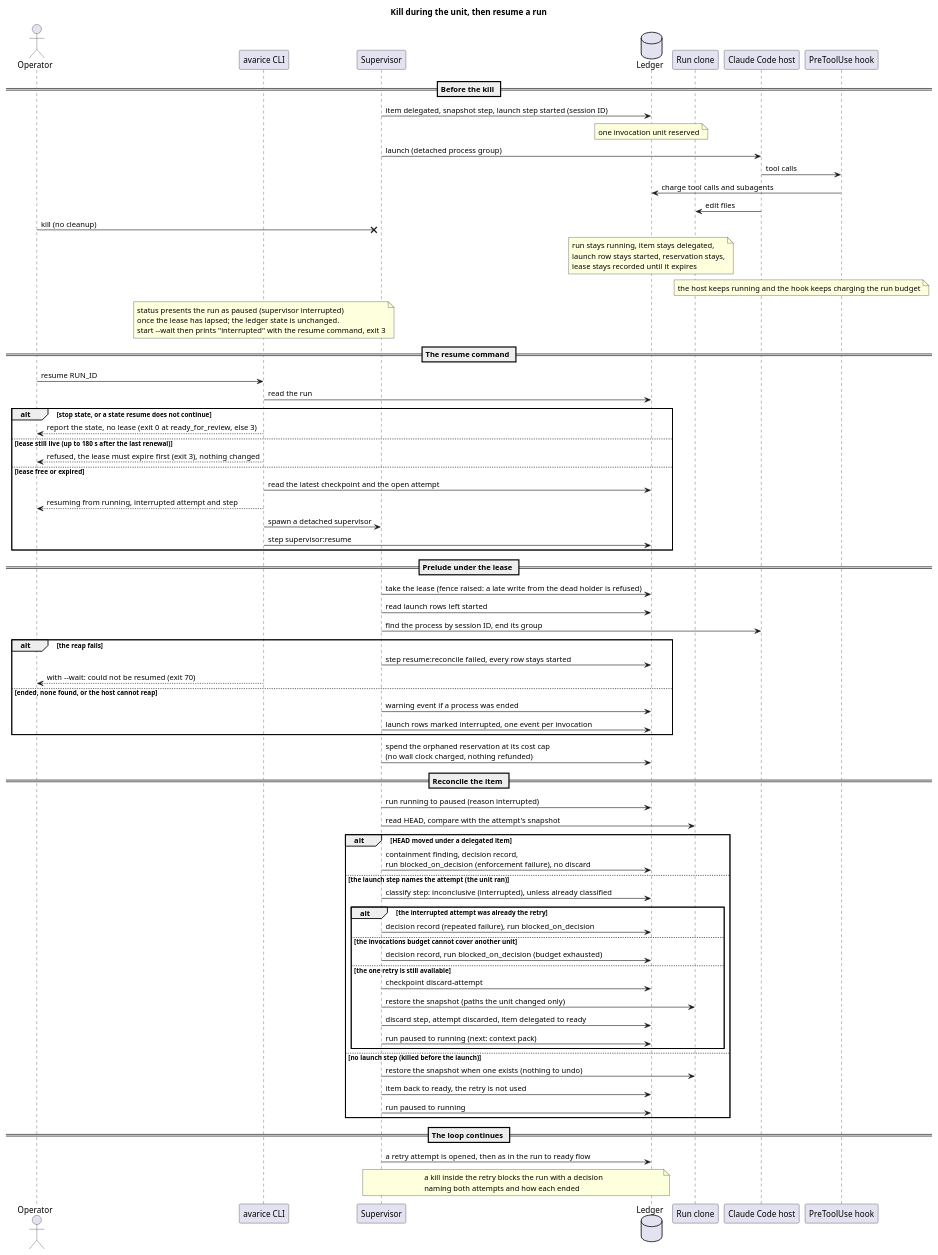
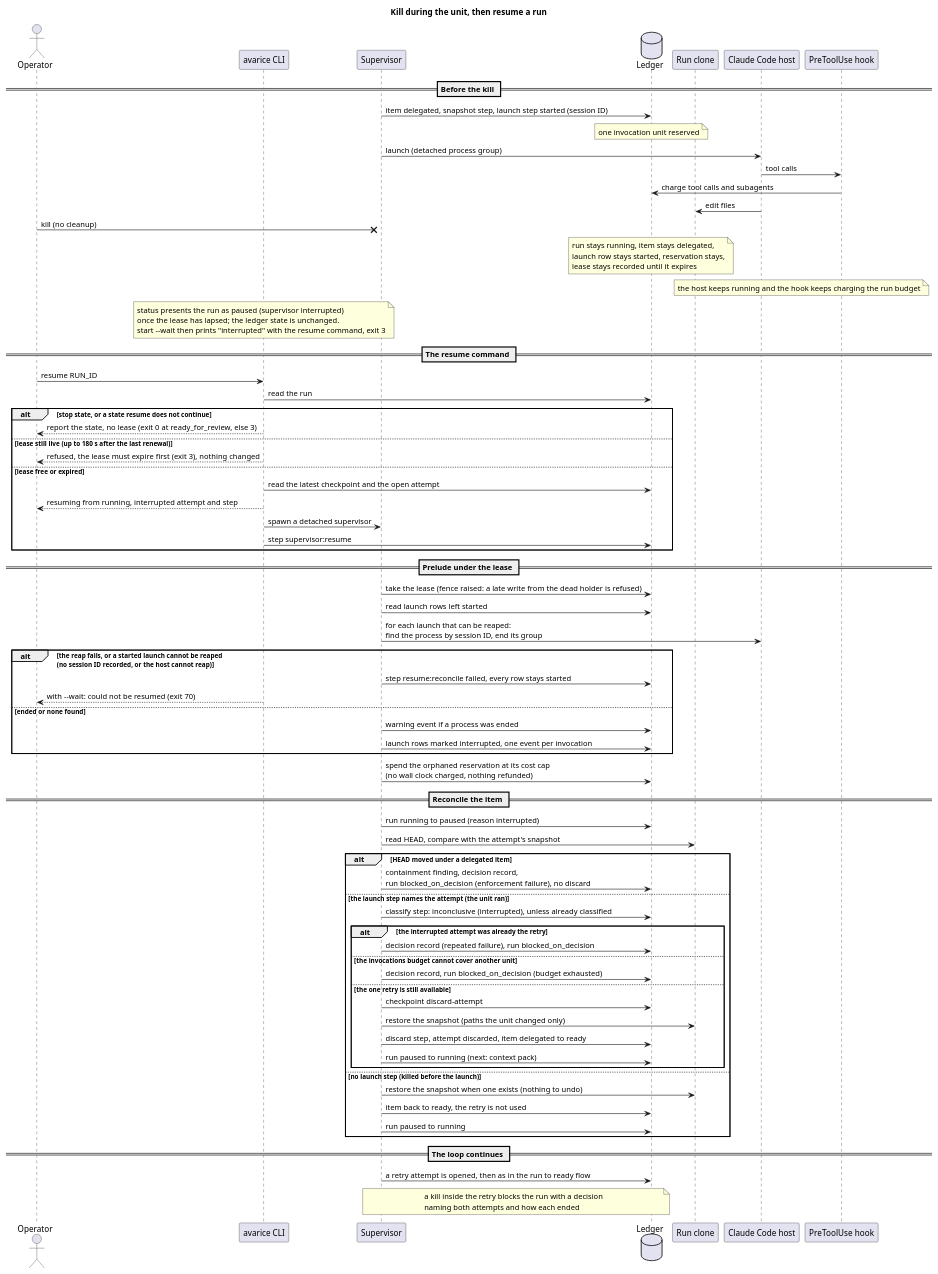
One commit to aa-phan/avarice changed the diagram in docs/system/diagrams/run-resume-after-kill.puml. Above: the diagram before and after it, drawn with PlantUML. The commit also changed 21 other files, not shown here.

```diff
--- a/docs/system/diagrams/run-resume-after-kill.puml
+++ b/docs/system/diagrams/run-resume-after-kill.puml
@@ -1,77 +1,77 @@
 @startuml
 title Kill during the unit, then resume a run
 
 actor Operator
 participant "avarice CLI" as CLI
 participant Supervisor
 database Ledger
 participant "Run clone" as Clone
 participant "Claude Code host" as Host
 participant "PreToolUse hook" as Hook
 
 == Before the kill ==
 Supervisor -> Ledger : item delegated, snapshot step, launch step started (session ID)
 note over Ledger : one invocation unit reserved
 Supervisor -> Host : launch (detached process group)
 Host -> Hook : tool calls
 Hook -> Ledger : charge tool calls and subagents
 Host -> Clone : edit files
 Operator ->x Supervisor : kill (no cleanup)
 note over Ledger : run stays running, item stays delegated,\nlaunch row stays started, reservation stays,\nlease stays recorded until it expires
 note over Host, Hook : the host keeps running and the hook keeps charging the run budget
 note over CLI : status presents the run as paused (supervisor interrupted)\nonce the lease has lapsed; the ledger state is unchanged.\nstart --wait then prints "interrupted" with the resume command, exit 3
 
 == The resume command ==
 Operator -> CLI : resume RUN_ID
 CLI -> Ledger : read the run
 alt stop state, or a state resume does not continue
   CLI --> Operator : report the state, no lease (exit 0 at ready_for_review, else 3)
 else lease still live (up to 180 s after the last renewal)
   CLI --> Operator : refused, the lease must expire first (exit 3), nothing changed
 else lease free or expired
   CLI -> Ledger : read the latest checkpoint and the open attempt
   CLI --> Operator : resuming from running, interrupted attempt and step
   CLI -> Supervisor : spawn a detached supervisor
   CLI -> Ledger : step supervisor:resume
 end
 
 == Prelude under the lease ==
 Supervisor -> Ledger : take the lease (fence raised: a late write from the dead holder is refused)
 Supervisor -> Ledger : read launch rows left started
-Supervisor -> Host : find the process by session ID, end its group
-alt the reap fails
+Supervisor -> Host : for each launch that can be reaped:\nfind the process by session ID, end its group
+alt the reap fails, or a started launch cannot be reaped\n(no session ID recorded, or the host cannot reap)
   Supervisor -> Ledger : step resume:reconcile failed, every row stays started
   CLI --> Operator : with --wait: could not be resumed (exit 70)
-else ended, none found, or the host cannot reap
+else ended or none found
   Supervisor -> Ledger : warning event if a process was ended
   Supervisor -> Ledger : launch rows marked interrupted, one event per invocation
 end
 Supervisor -> Ledger : spend the orphaned reservation at its cost cap\n(no wall clock charged, nothing refunded)
 
 == Reconcile the item ==
 Supervisor -> Ledger : run running to paused (reason interrupted)
 Supervisor -> Clone : read HEAD, compare with the attempt's snapshot
 alt HEAD moved under a delegated item
   Supervisor -> Ledger : containment finding, decision record,\nrun blocked_on_decision (enforcement failure), no discard
 else the launch step names the attempt (the unit ran)
   Supervisor -> Ledger : classify step: inconclusive (interrupted), unless already classified
   alt the interrupted attempt was already the retry
     Supervisor -> Ledger : decision record (repeated failure), run blocked_on_decision
   else the invocations budget cannot cover another unit
     Supervisor -> Ledger : decision record, run blocked_on_decision (budget exhausted)
   else the one retry is still available
     Supervisor -> Ledger : checkpoint discard-attempt
     Supervisor -> Clone : restore the snapshot (paths the unit changed only)
     Supervisor -> Ledger : discard step, attempt discarded, item delegated to ready
     Supervisor -> Ledger : run paused to running (next: context pack)
   end
 else no launch step (killed before the launch)
   Supervisor -> Clone : restore the snapshot when one exists (nothing to undo)
   Supervisor -> Ledger : item back to ready, the retry is not used
   Supervisor -> Ledger : run paused to running
 end
 
 == The loop continues ==
 Supervisor -> Ledger : a retry attempt is opened, then as in the run to ready flow
 note over Supervisor, Ledger : a kill inside the retry blocks the run with a decision\nnaming both attempts and how each ended
 @enduml
```
